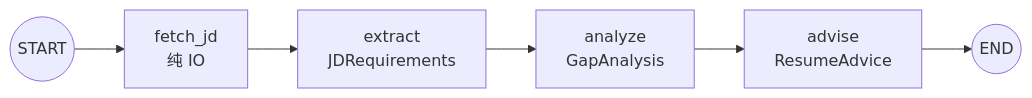
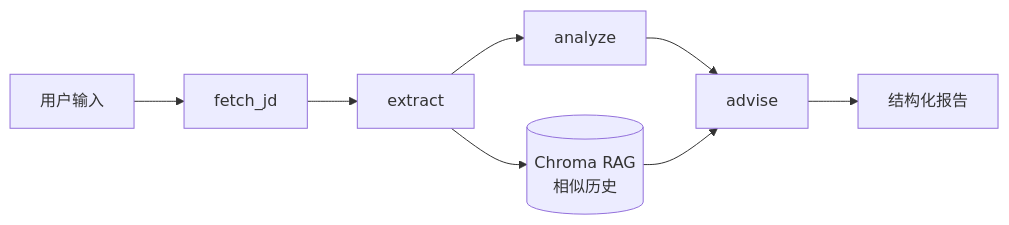
Before and after one commit to BigGooseDun/JobFit-Studio: the diagram in README-CN.md, drawn with Mermaid. The commit also changed other lines of this file and 3 other files, not shown here.

First line of the commit message:
docs: polish bilingual README with architecture and limitations

````diff
--- a/README-CN.md
+++ b/README-CN.md
@@ -51,8 +35,10 @@
 ```mermaid
 flowchart LR
-    START((START)) --> F[fetch_jd<br/>纯 IO]
-    F --> E[extract<br/>JDRequirements]
-    E --> A[analyze<br/>GapAnalysis]
-    A --> D[advise<br/>ResumeAdvice]
-    D --> END((END))
+    User[用户输入] --> Fetch[fetch_jd]
+    Fetch --> Extract[extract]
+    Extract --> Analyze[analyze]
+    Extract --> Retrieve[(Chroma RAG<br/>相似历史)]
+    Analyze --> Advise[advise]
+    Retrieve --> Advise
+    Advise --> Result[结构化报告]
 ```
````
